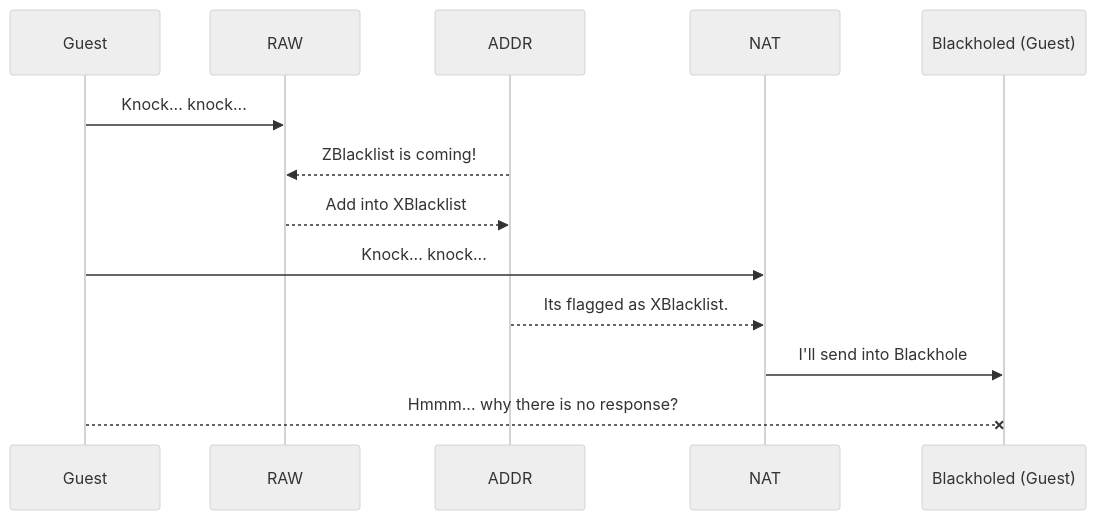
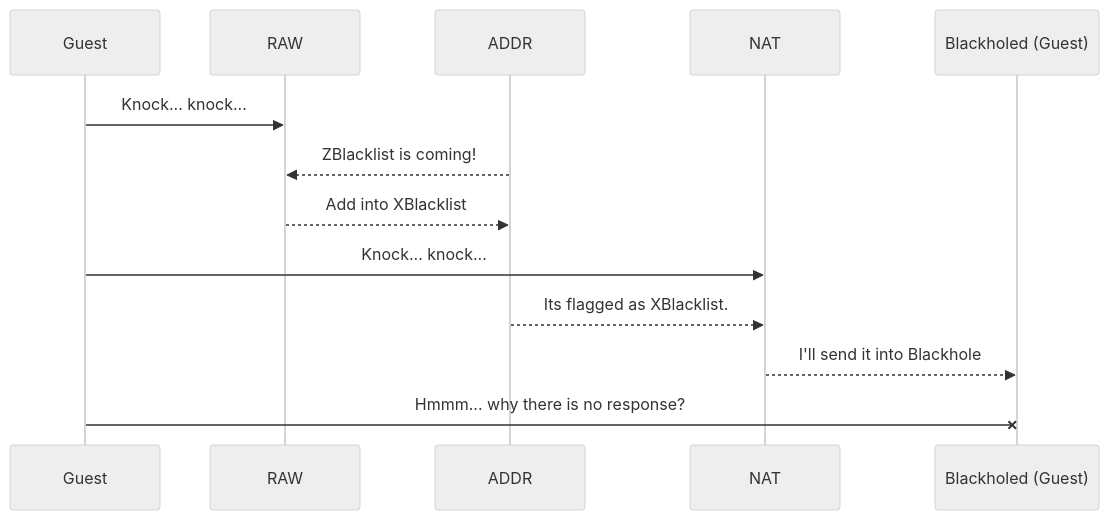
The diagram in address-list/ZBLACKLIST.md (lokadns/tik), drawn with Mermaid (neutral theme) before and after one commit.

````diff
--- a/address-list/ZBLACKLIST.md
+++ b/address-list/ZBLACKLIST.md
@@ -101,10 +101,10 @@
 ```mermaid
 sequenceDiagram
 Guest ->> RAW: Knock... knock...
 ADDR -->> RAW: ZBlacklist is coming!
 RAW -->> ADDR: Add into XBlacklist 
 Guest ->> NAT: Knock... knock...
 ADDR -->> NAT: Its flagged as XBlacklist.
-NAT ->> Blackholed (Guest): I'll send into Blackhole
-Guest --x Blackholed (Guest): Hmmm... why there is no response?
+NAT -->> Blackholed (Guest): I'll send it into Blackhole
+Guest -x Blackholed (Guest): Hmmm... why there is no response?
 ```
````
